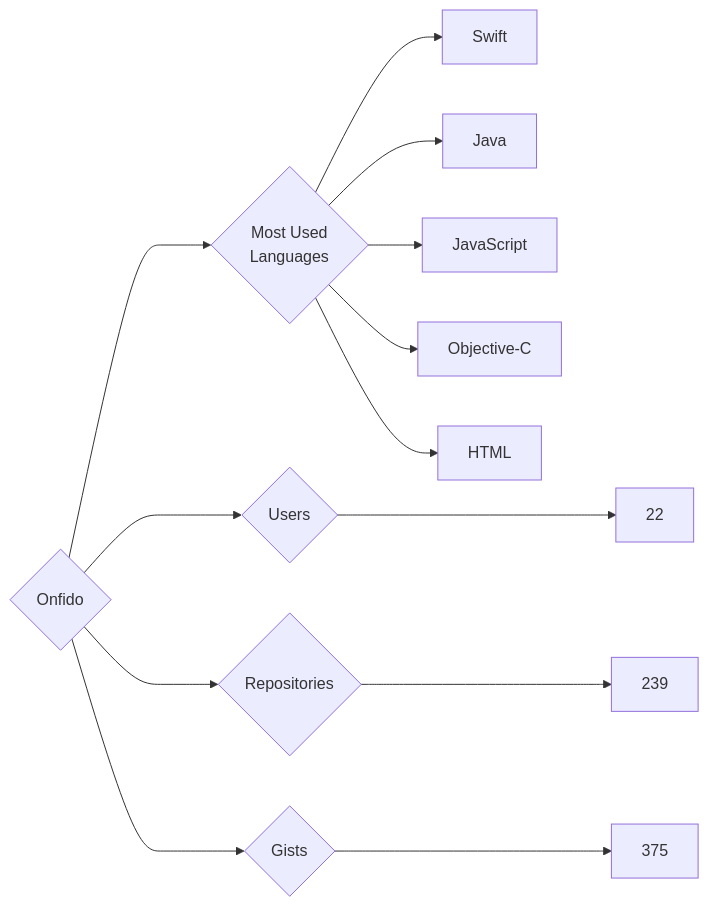
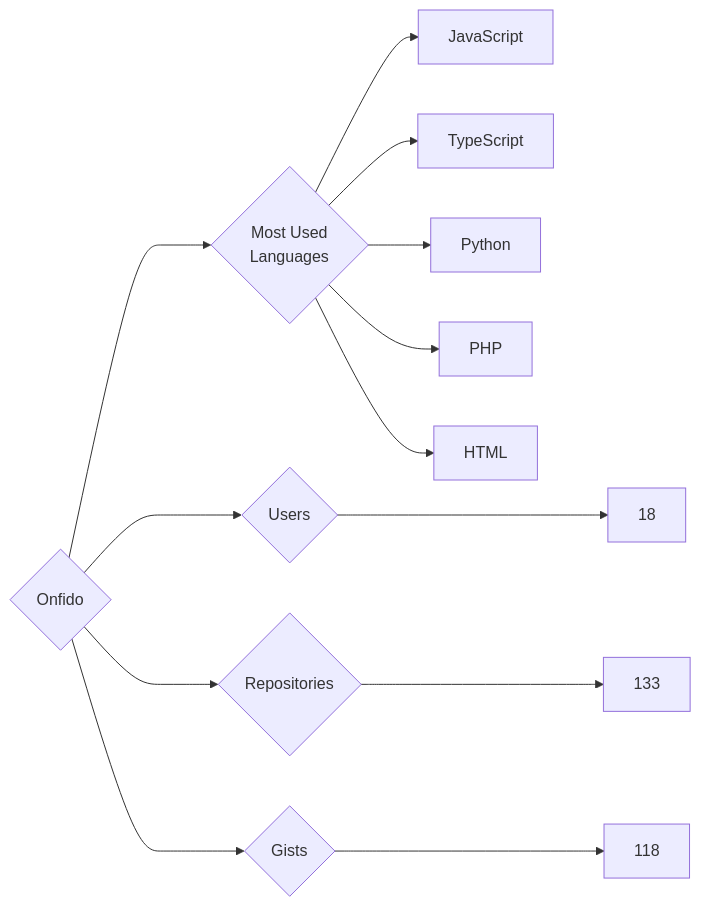
The diagram in targets/Onfido/README.md (trickest/insiders), drawn with Mermaid before and after one commit. The commit also changed 976 other files, not shown here.

````diff
--- a/targets/Onfido/README.md
+++ b/targets/Onfido/README.md
@@ -3,13 +3,13 @@
 ```mermaid
 graph LR
 COMPANY_NAME{Onfido}
-COMPANY_NAME ---> U{Users} ---> UN[22]
-COMPANY_NAME ---> R{Repositories} ---> RN[239]
-COMPANY_NAME ---> G{Gists} ---> GN[375]
+COMPANY_NAME ---> U{Users} ---> UN[18]
+COMPANY_NAME ---> R{Repositories} ---> RN[133]
+COMPANY_NAME ---> G{Gists} ---> GN[118]
 COMPANY_NAME ---> ML{Most Used<br>Languages}
-ML --> Swift[Swift]
-ML --> Java[Java]
 ML --> JavaScript[JavaScript]
-ML --> Objective-C[Objective-C]
+ML --> TypeScript[TypeScript]
+ML --> Python[Python]
+ML --> PHP[PHP]
 ML --> HTML[HTML]
 ```
````
